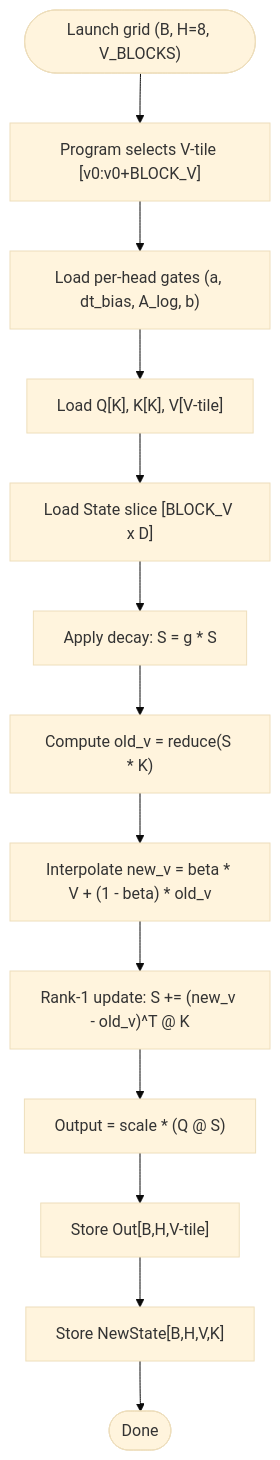
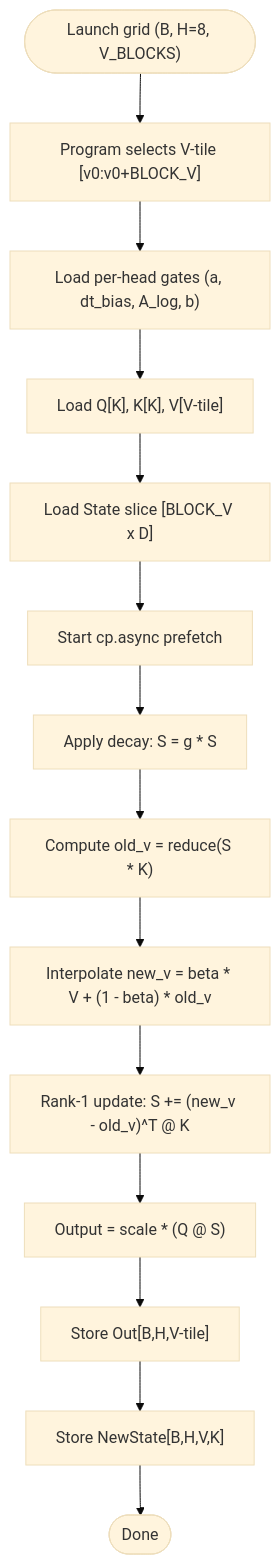
The third of 4 diagrams in .qoder/repowiki/en/content/Core Kernels/GDN Decode Kernel.md (gugudeshubao/flashinfer-bench-tma-thrust), drawn with Mermaid (base theme) before and after one commit. The commit also changed other lines of this file and 3 other files, not shown here.

````diff
--- a/.qoder/repowiki/en/content/Core Kernels/GDN Decode Kernel.md
+++ b/.qoder/repowiki/en/content/Core Kernels/GDN Decode Kernel.md
@@ -166,15 +180,16 @@
 ```mermaid
 flowchart TD
 Start(["Launch grid (B, H=8, V_BLOCKS)"]) --> SelectTile["Program selects V-tile [v0:v0+BLOCK_V]"]
 SelectTile --> LoadGates["Load per-head gates (a, dt_bias, A_log, b)"]
 LoadGates --> LoadQKV["Load Q[K], K[K], V[V-tile]"]
 LoadQKV --> LoadState["Load State slice [BLOCK_V x D]"]
-LoadState --> Decay["Apply decay: S = g * S"]
+LoadState --> StartPrefetch["Start cp.async prefetch"]
+StartPrefetch --> Decay["Apply decay: S = g * S"]
 Decay --> OldV["Compute old_v = reduce(S * K)"]
 OldV --> Interpolate["Interpolate new_v = beta * V + (1 - beta) * old_v"]
 Interpolate --> Rank1["Rank-1 update: S += (new_v - old_v)^T @ K"]
 Rank1 --> Output["Output = scale * (Q @ S)"]
 Output --> StoreOut["Store Out[B,H,V-tile]"]
 StoreOut --> StoreState["Store NewState[B,H,V,K]"]
 StoreState --> End(["Done"])
 ```
````
